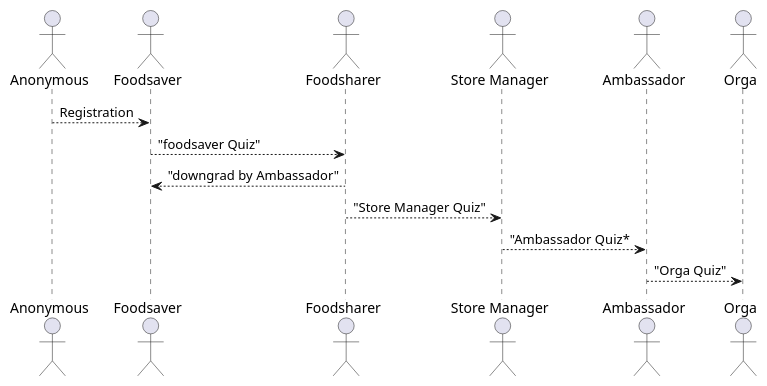
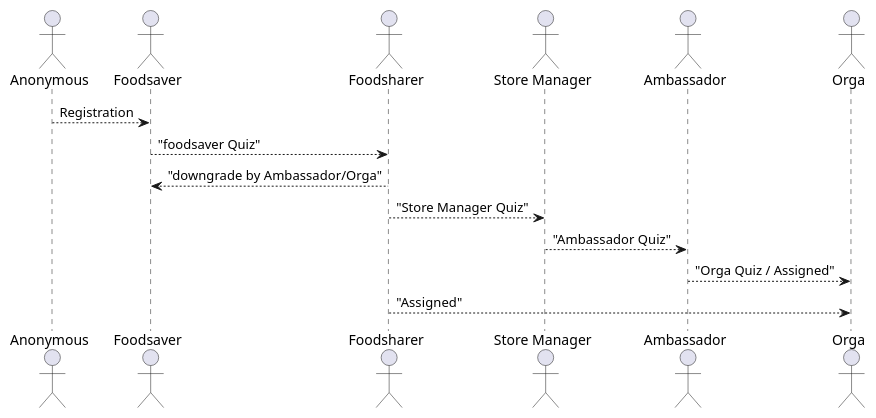
One commit to Morgy93/foodsharing changed the diagram in docs/src/backend-permissions-roles.md. Above: the diagram before and after it, drawn with PlantUML. The commit also changed other lines of this file and 1 other file, not shown here.

````diff
--- a/docs/src/backend-permissions-roles.md
+++ b/docs/src/backend-permissions-roles.md
@@ -11,17 +11,18 @@
 ```plantuml
 @startuml
 actor Anonymous
 actor Foodsaver
 actor Foodsharer
 actor "Store Manager"
 actor Ambassador
 actor Orga
 
 Anonymous --> Foodsaver : Registration
 Foodsaver --> Foodsharer : "foodsaver Quiz"
-Foodsaver <-- Foodsharer: "downgrad by Ambassador"
+Foodsaver <-- Foodsharer: "downgrade by Ambassador/Orga"
 Foodsharer --> "Store Manager" : "Store Manager Quiz"
-"Store Manager" --> Ambassador : "Ambassador Quiz*
-Ambassador --> Orga : "Orga Quiz"
+"Store Manager" --> Ambassador : "Ambassador Quiz"
+Ambassador --> Orga : "Orga Quiz / Assigned"
+Foodsharer --> Orga : "Assigned"
 @enduml
 ```
````
